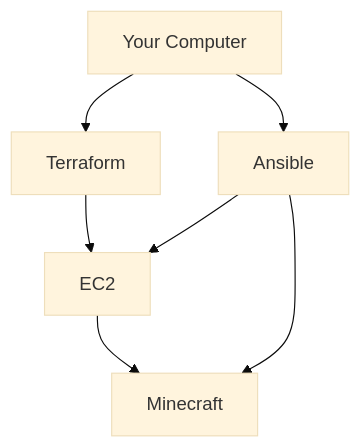
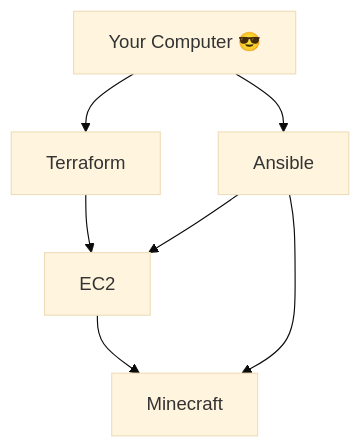
The diagram in README.md (SandFrog/CS312Project2), drawn with Mermaid (base theme) before and after one commit. The commit also changed other lines of this file, not shown here.

````diff
--- a/README.md
+++ b/README.md
@@ -7,9 +7,9 @@
 ```mermaid
 graph TD;
-    A[Your Computer]-->Terraform;
-    A[Your Computer]-->Ansible;
+    A[Your Computer 😎]-->Terraform;
+    A[Your Computer 😎]-->Ansible;
     Terraform-->EC2;
     Ansible-->EC2;
     EC2-->Minecraft;
     Ansible-->Minecraft;
 ```
````
